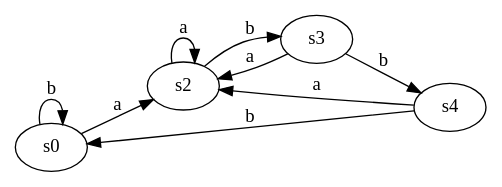
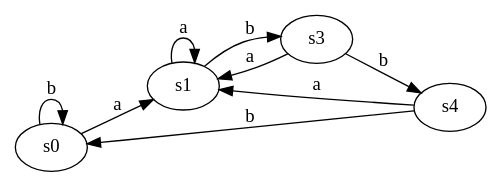
Before and after one commit to platosha-git/Compilers: the diagram in lab1/3.gv, drawn with Graphviz. The commit also changed 8 other files, not shown here.

```diff
--- a/lab1/3.gv
+++ b/lab1/3.gv
@@ -1,11 +1,11 @@
 digraph G {
 rankdir = LR;
+"s0" -> "s1"[label="a"];
 "s0" -> "s0"[label="b"];
-"s0" -> "s2"[label="a"];
-"s2" -> "s3"[label="b"];
-"s2" -> "s2"[label="a"];
+"s1" -> "s1"[label="a"];
+"s1" -> "s3"[label="b"];
+"s3" -> "s1"[label="a"];
 "s3" -> "s4"[label="b"];
-"s3" -> "s2"[label="a"];
+"s4" -> "s1"[label="a"];
 "s4" -> "s0"[label="b"];
-"s4" -> "s2"[label="a"];
 }
```
